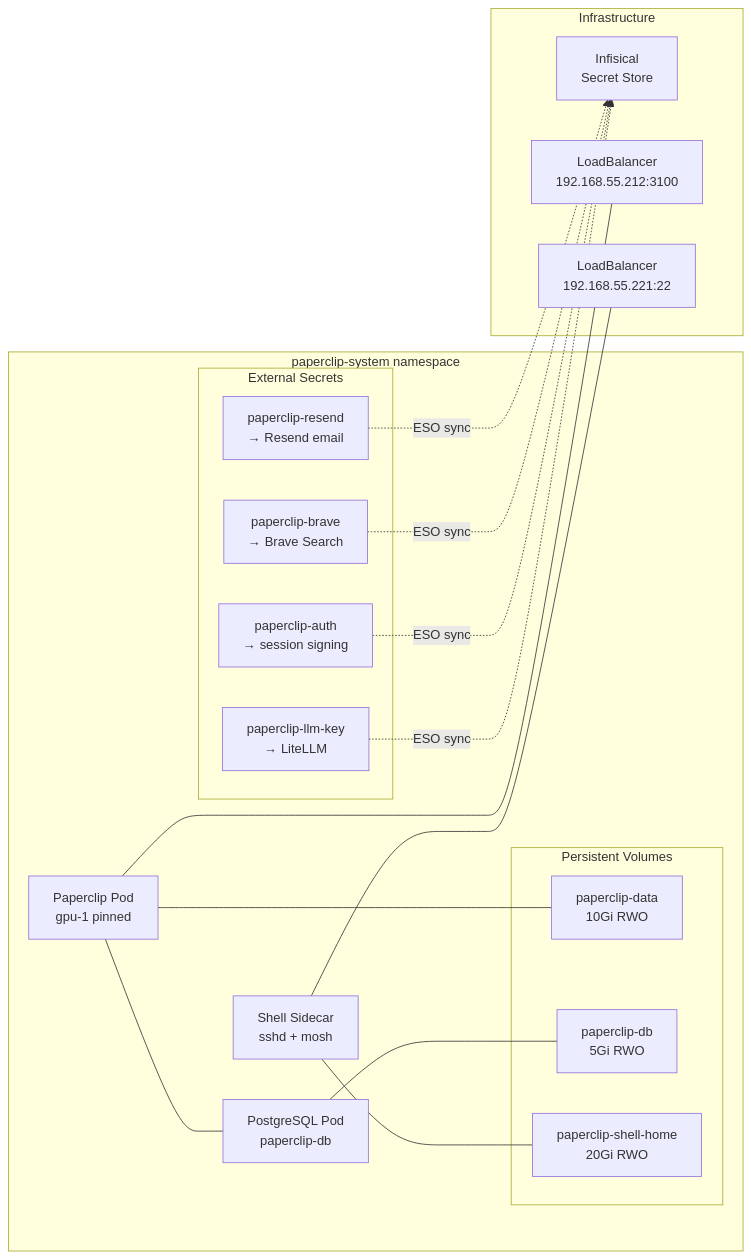
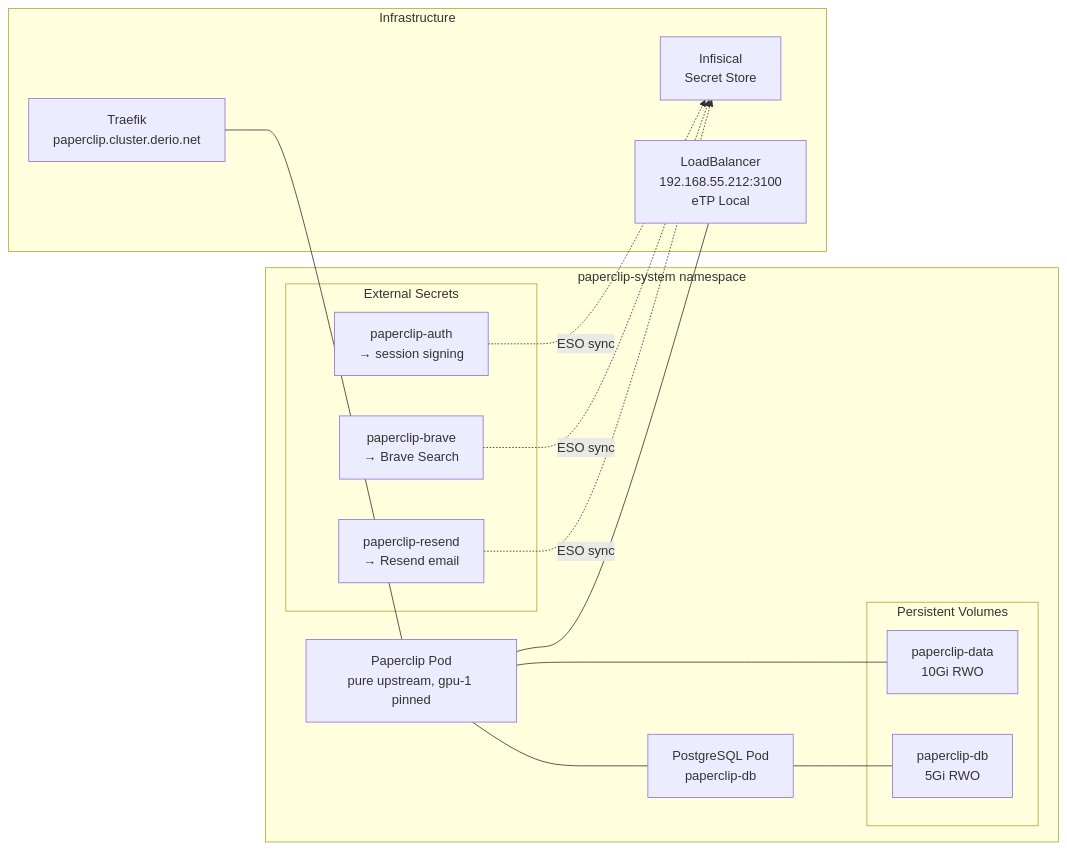
The diagram in blog/content/docs/operating/18-paperclip/index.md (derio-net/frank), drawn with Mermaid before and after one commit. The commit also changed other lines of this file and 46 other files, not shown here.

First line of the commit message:
feat(orch): Paperclip fresh start — pure upstream v2026.916.1, retire the shell (#823)

````diff
--- a/blog/content/docs/operating/18-paperclip/index.md
+++ b/blog/content/docs/operating/18-paperclip/index.md
@@ -21,35 +23,31 @@
 ```mermaid
 graph LR
     subgraph ns["paperclip-system namespace"]
-        pc["Paperclip Pod<br/>gpu-1 pinned"]
+        pc["Paperclip Pod<br/>pure upstream, gpu-1 pinned"]
         pg["PostgreSQL Pod<br/>paperclip-db"]
-        shell["Shell Sidecar<br/>sshd + mosh"]
 
         subgraph pvs["Persistent Volumes"]
             pvcData["paperclip-data<br/>10Gi RWO"]
             pvcDB["paperclip-db<br/>5Gi RWO"]
-            pvcShell["paperclip-shell-home<br/>20Gi RWO"]
         end
 
         subgraph secrets["External Secrets"]
-            llm["paperclip-llm-key<br/>→ LiteLLM"]
             auth["paperclip-auth<br/>→ session signing"]
             brave["paperclip-brave<br/>→ Brave Search"]
             resend["paperclip-resend<br/>→ Resend email"]
         end
     end
 
     subgraph infra["Infrastructure"]
         infisical["Infisical<br/>Secret Store"]
-        lb["LoadBalancer<br/>192.168.55.212:3100"]
-        shellLB["LoadBalancer<br/>192.168.55.221:22"]
+        traefik["Traefik<br/>paperclip.cluster.derio.net"]
+        lb["LoadBalancer<br/>192.168.55.212:3100<br/>eTP Local"]
     end
 
     pc --- pvcData
     pg --- pvcDB
-    shell --- pvcShell
-    llm & auth & brave & resend -.->|"ESO sync"| infisical
+    auth & brave & resend -.->|"ESO sync"| infisical
+    traefik --- pc
     pc --- lb
-    shell --- shellLB
     pc --- pg
 ```
````
